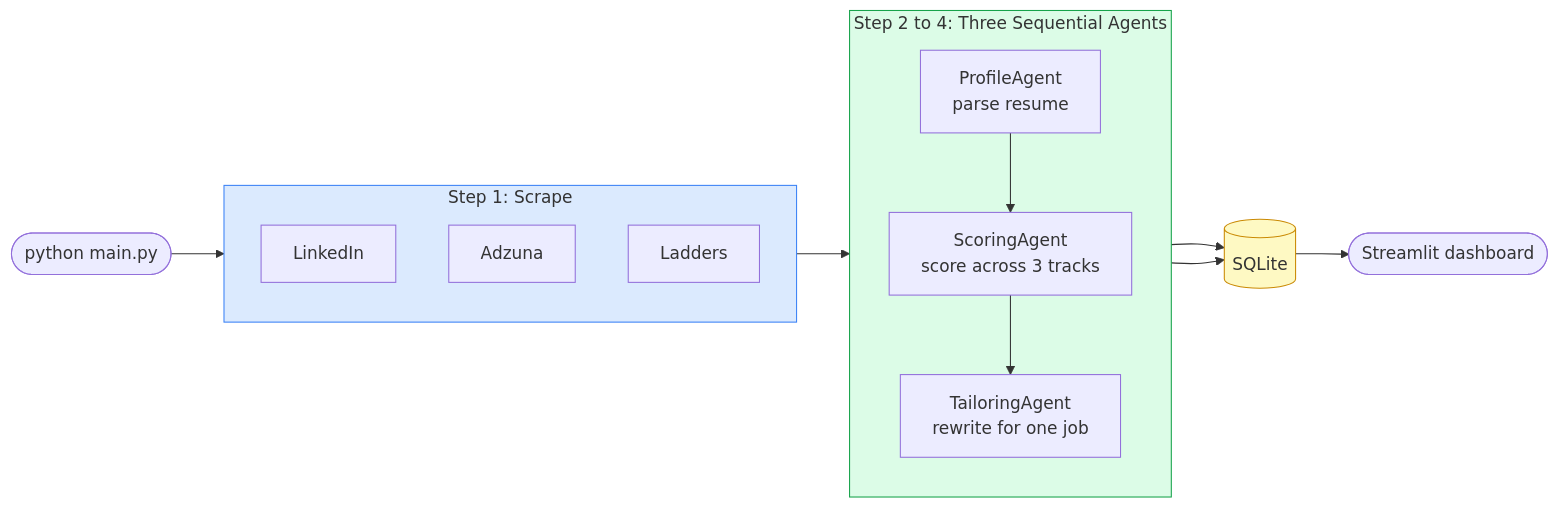
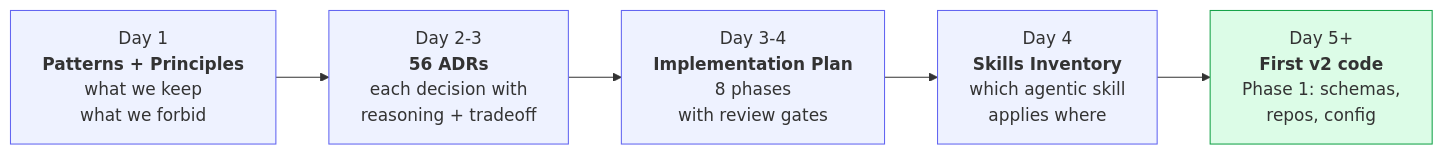
The first of 3 diagrams in docs/blog_v2_article1.md (suthrams/jobsearchagent-v2), drawn with Mermaid before and after one commit. The commit also changed other lines of this file, not shown here.

````diff
--- a/docs/blog_v2_article1.md
+++ b/docs/blog_v2_article1.md
@@ -60,33 +53,16 @@
 ```mermaid
 flowchart LR
-    CLI(["python main.py"])
+    D1["Day 1<br/><b>Patterns + Principles</b><br/>what we keep<br/>what we forbid"]
+    D2["Day 2-3<br/><b>56 ADRs</b><br/>each decision with<br/>reasoning + tradeoff"]
+    D3["Day 3-4<br/><b>Implementation Plan</b><br/>8 phases<br/>with review gates"]
+    D4["Day 4<br/><b>Skills Inventory</b><br/>which agentic skill<br/>applies where"]
+    D5["Day 5+<br/><b>First v2 code</b><br/>Phase 1: schemas,<br/>repos, config"]
 
-    subgraph SCRAPE ["Step 1: Scrape"]
-        direction TB
-        S1["LinkedIn"]
-        S2["Adzuna"]
-        S3["Ladders"]
-    end
+    D1 --> D2 --> D3 --> D4 --> D5
 
-    subgraph AGENTS ["Step 2 to 4: Three Sequential Agents"]
-        direction TB
-        A1["ProfileAgent<br/>parse resume"]
-        A2["ScoringAgent<br/>score across 3 tracks"]
-        A3["TailoringAgent<br/>rewrite for one job"]
-    end
-
-    DB[("SQLite")]
-    UI(["Streamlit dashboard"])
-
-    CLI --> SCRAPE
-    SCRAPE --> A1
-    A1 --> A2
-    A2 --> A3
-    A2 --> DB
-    A3 --> DB
-    DB --> UI
-
-    style SCRAPE fill:#dbeafe,stroke:#3b82f6
-    style AGENTS fill:#dcfce7,stroke:#16a34a
-    style DB fill:#fef9c3,stroke:#ca8a04
+    style D1 fill:#eef2ff,stroke:#6366f1
+    style D2 fill:#eef2ff,stroke:#6366f1
+    style D3 fill:#eef2ff,stroke:#6366f1
+    style D4 fill:#eef2ff,stroke:#6366f1
+    style D5 fill:#dcfce7,stroke:#16a34a
 ```
````
